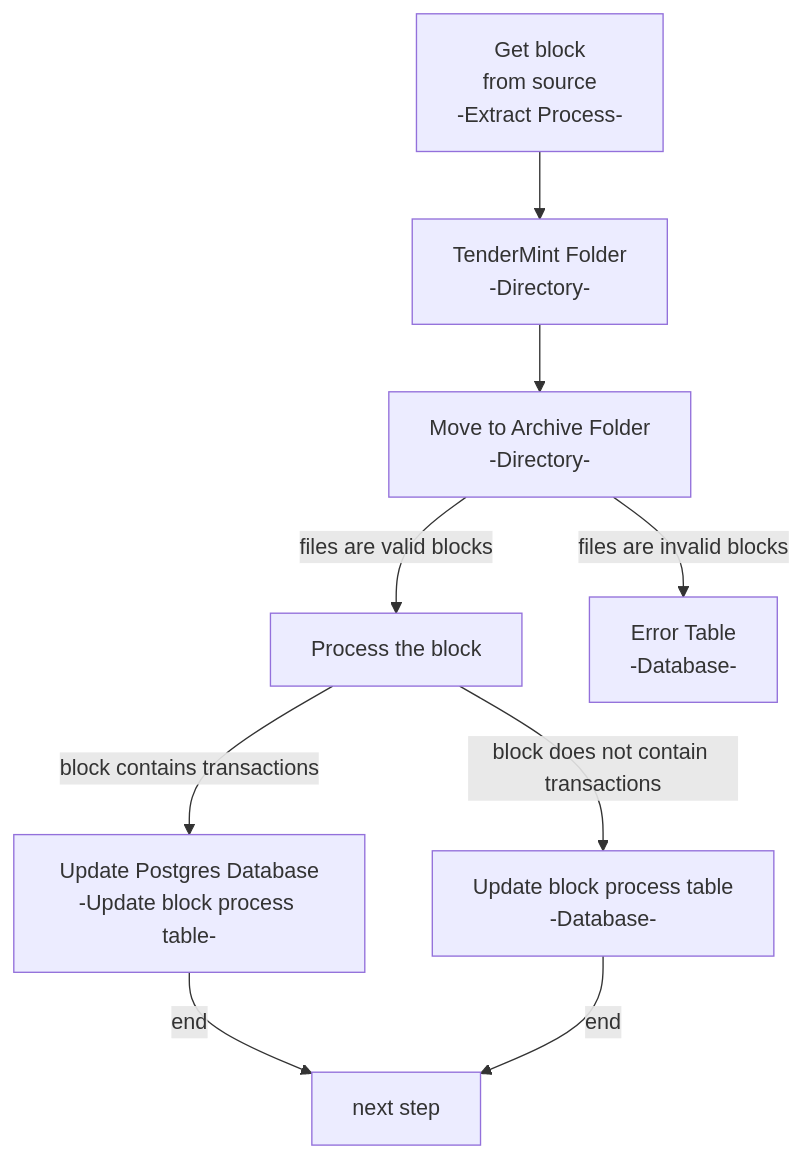
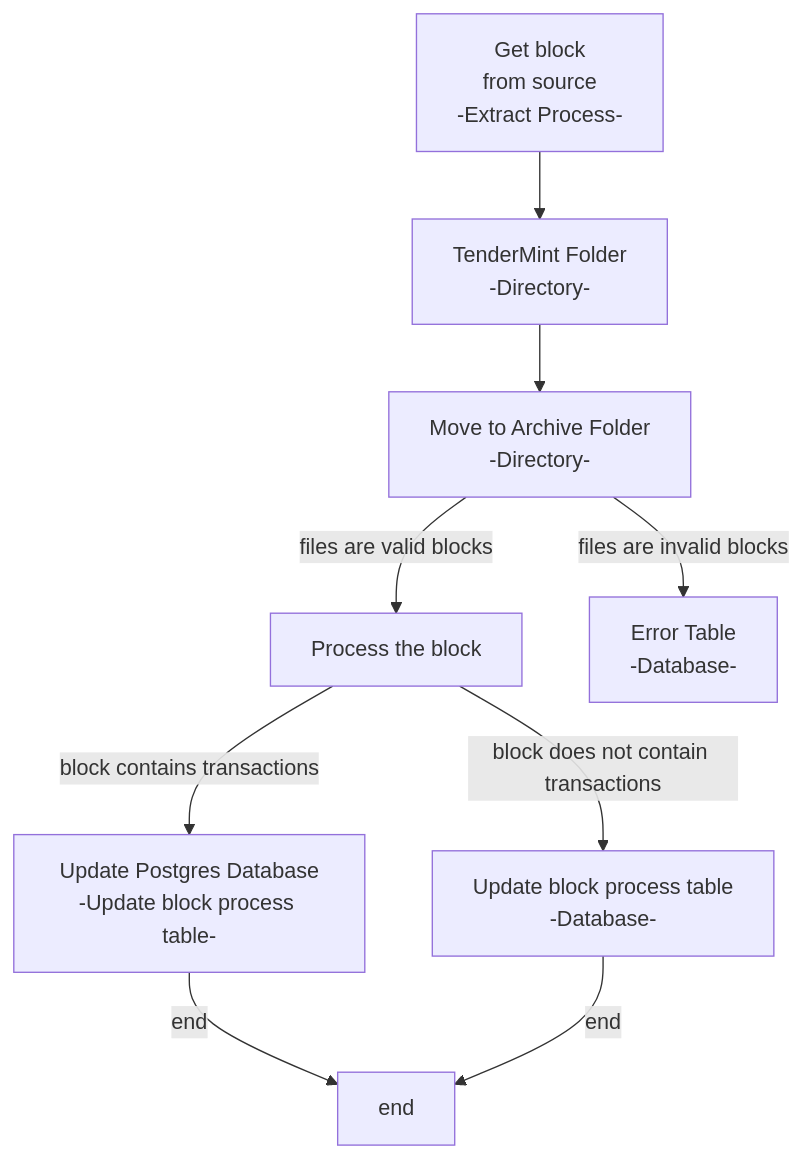
One commit to patmcfarland/one changed the diagram in README.md. Above: the diagram before and after it, drawn with Mermaid.

````diff
--- a/README.md
+++ b/README.md
@@ -1,18 +1,18 @@
 ```mermaid
 flowchart TD
 A[Get block<br>from source<br>-Extract Process-]
 A --> B
 B[TenderMint Folder<br>-Directory-]
 B --> C[Move to Archive Folder<br>-Directory-]
 C -- files are valid blocks --> D
 D[Process the block]
 C -- files are invalid blocks --> E
 E[Error Table<br>-Database-]
 F[Update Postgres Database<br>-Update block process table-]
 D -- block contains transactions --> F
 D -- block does not contain transactions --> G
 G[Update block process table<br>-Database-]
-H[next step]
+H[end]
 F -- end --> H
 G -- end --> H
 ```
````
